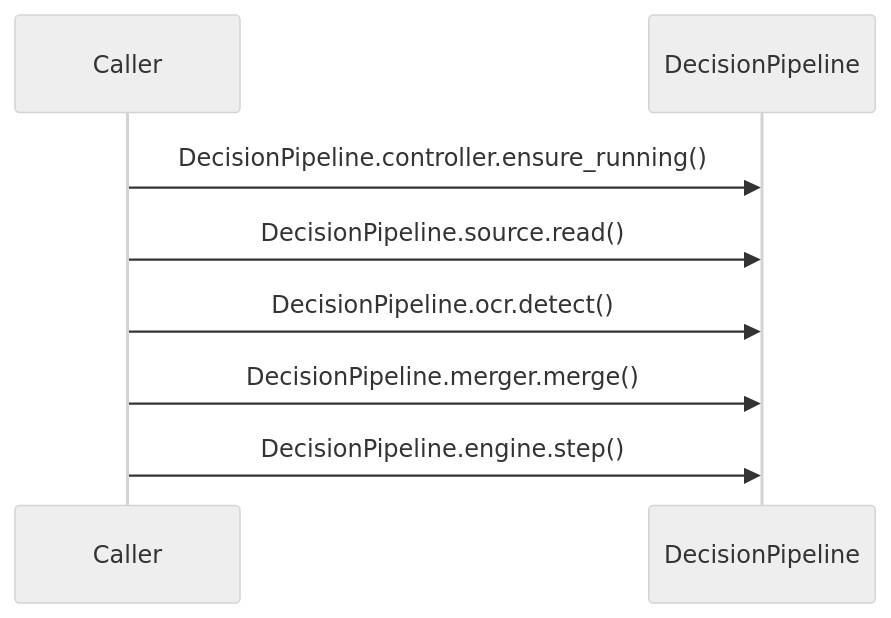
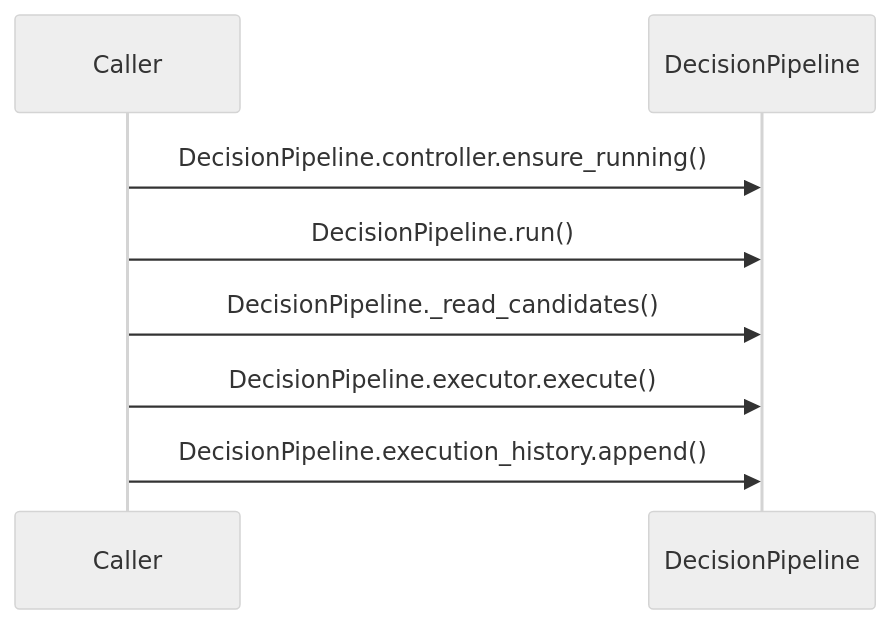
Before and after one commit to tomiya7688/AI_game_player: the diagram in doc/sequence_diagram.mmd, drawn with Mermaid (neutral theme). The commit also changed 8 other files, not shown here.

```diff
--- a/doc/sequence_diagram.mmd
+++ b/doc/sequence_diagram.mmd
@@ -1,8 +1,8 @@
 sequenceDiagram
     participant caller as Caller
     participant target as DecisionPipeline
     caller->>target: DecisionPipeline.controller.ensure_running()
-    caller->>target: DecisionPipeline.source.read()
-    caller->>target: DecisionPipeline.ocr.detect()
-    caller->>target: DecisionPipeline.merger.merge()
-    caller->>target: DecisionPipeline.engine.step()
+    caller->>target: DecisionPipeline.run()
+    caller->>target: DecisionPipeline._read_candidates()
+    caller->>target: DecisionPipeline.executor.execute()
+    caller->>target: DecisionPipeline.execution_history.append()
```
